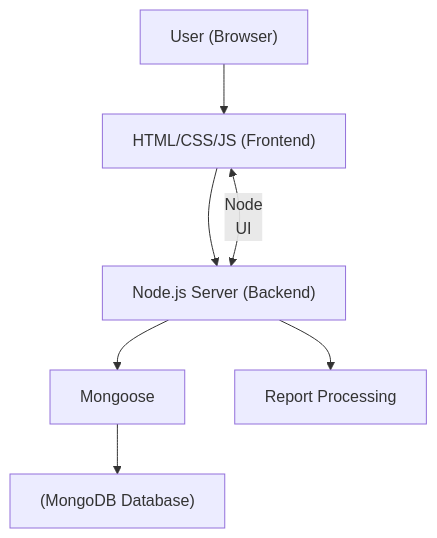
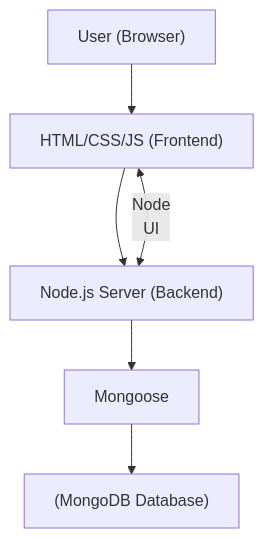
One commit to nawabysadaf/Community_Voice_Website changed the second of 2 diagrams in README.md. Above: the diagram before and after it, drawn with Mermaid.

````diff
--- a/README.md
+++ b/README.md
@@ -40,18 +40,16 @@
 ```mermaid
 graph TD
 
   User["User (Browser)"]
   UI["HTML/CSS/JS (Frontend)"]
   Node["Node.js Server (Backend)"]
   Mongoose[Mongoose]
   MongoDB["(MongoDB Database)"]
-  Process[Report Processing]
 
   User --> UI
   UI --> Node
   Node --> Mongoose
   Mongoose --> MongoDB
   UI <-- Node
   UI --> Node
-  Node --> Process
 ```
````
